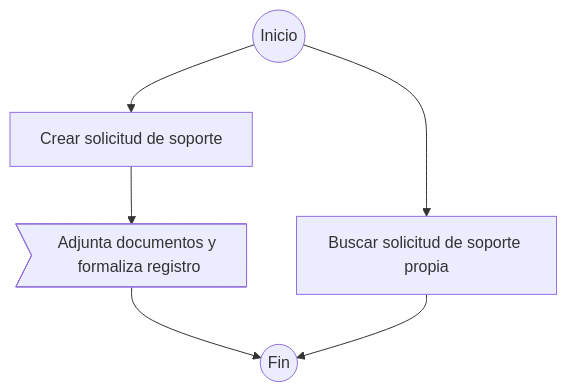
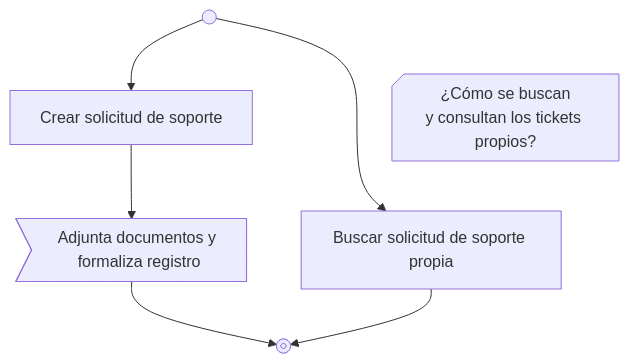
The diagram in products/docs-standard/diagramas/work-action-diagram.md (the-alive-lab/vslices), drawn with Mermaid before and after one commit. The commit also changed other lines of this file, not shown here.

````diff
--- a/products/docs-standard/diagramas/work-action-diagram.md
+++ b/products/docs-standard/diagramas/work-action-diagram.md
@@ -47,11 +55,14 @@
 ```mermaid
 flowchart TD
-    A((Inicio))
+    A@{ shape: sm-circ }
+    Z@{ shape: framed-circle }
+    dudaBusqueda@{ shape: notch-rect, label: "¿Cómo se buscan<br/>y consultan los tickets propios?" }
 
     A --> B1["Crear solicitud de soporte"]
     B1 --> C1>"Adjunta documentos y formaliza registro"]
-    C1 --> Z(("Fin"))
+    C1 --> Z
 
     A --> B2["Buscar solicitud de soporte propia"]
     B2 --> Z
+    dudaBusqueda ~~~ B2
 ```
````
